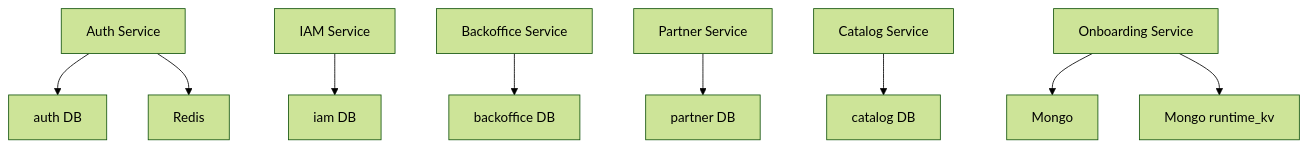
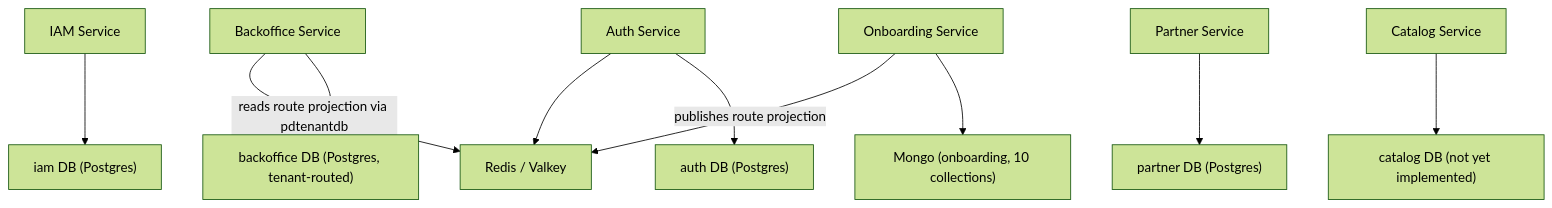
Before and after one commit to tuannm99/podzone: the first of 4 diagrams in docs/02-architecture-overall/04-data-ownership.md, drawn with Mermaid (forest theme). The commit also changed other lines of this file and 13 other files, not shown here.

````diff
--- a/docs/02-architecture-overall/04-data-ownership.md
+++ b/docs/02-architecture-overall/04-data-ownership.md
@@ -5,27 +5,27 @@
 ```mermaid
 flowchart TB
     Auth["Auth Service"]
     IAM["IAM Service"]
     Backoffice["Backoffice Service"]
     Partner["Partner Service"]
     Catalog["Catalog Service"]
     Onboarding["Onboarding Service"]
 
-    AuthDB["auth DB"]
-    IAMDB["iam DB"]
-    BackofficeDB["backoffice DB"]
-    PartnerDB["partner DB"]
-    CatalogDB["catalog DB"]
-    Mongo["Mongo"]
-    RuntimeKV["Mongo runtime_kv"]
-    Redis["Redis"]
+    AuthDB["auth DB (Postgres)"]
+    IAMDB["iam DB (Postgres)"]
+    BackofficeDB["backoffice DB (Postgres, tenant-routed)"]
+    PartnerDB["partner DB (Postgres)"]
+    CatalogDB["catalog DB (not yet implemented)"]
+    Mongo["Mongo (onboarding, 10 collections)"]
+    Redis["Redis / Valkey"]
 
     Auth --> AuthDB
     Auth --> Redis
     IAM --> IAMDB
     Backoffice --> BackofficeDB
     Partner --> PartnerDB
     Catalog --> CatalogDB
     Onboarding --> Mongo
-    Onboarding --> RuntimeKV
+    Onboarding -->|"publishes route projection"| Redis
+    Backoffice -->|"reads route projection via pdtenantdb"| Redis
 ```
````
